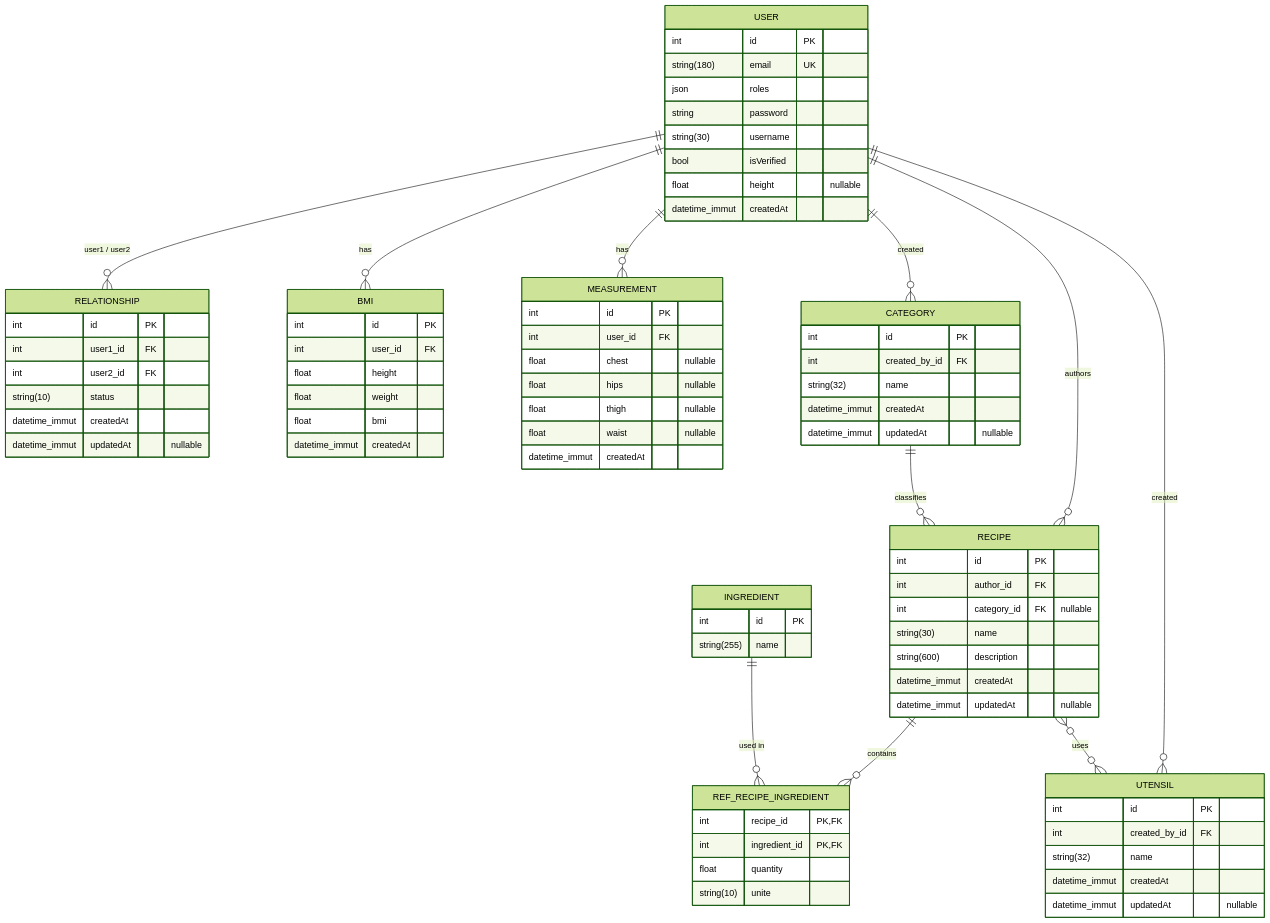
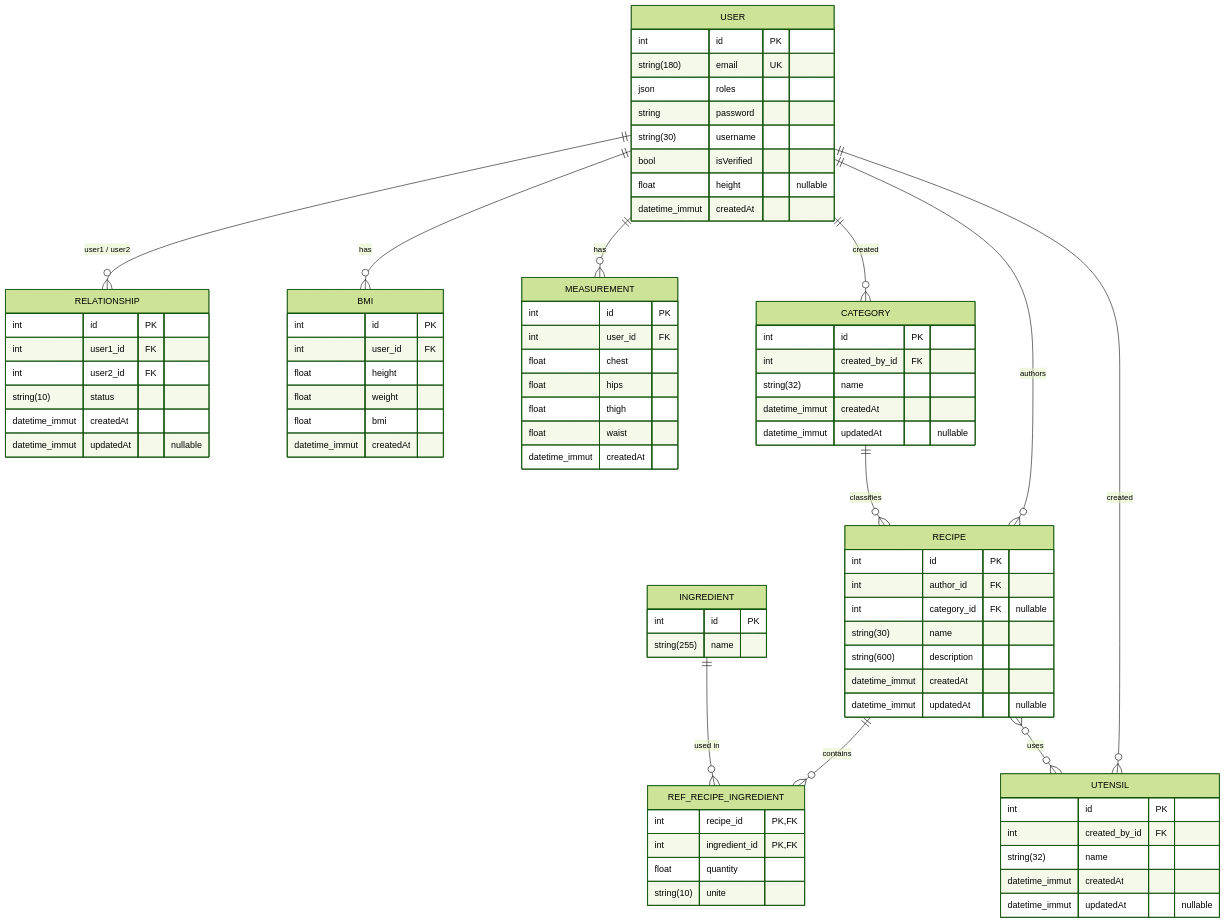
Before and after one commit to EECKHOUTRemi/MesApplisHF: the diagram in README.md, drawn with Mermaid (forest theme). The commit also changed other lines of this file, not shown here.

```diff
--- a/README.md
+++ b/README.md
@@ -135,10 +142,10 @@
     MEASUREMENT {
         int             id PK
         int             user_id FK
-        float           chest "nullable"
-        float           hips "nullable"
-        float           thigh "nullable"
-        float           waist "nullable"
+        float           chest
+        float           hips
+        float           thigh
+        float           waist
         datetime_immut  createdAt
     }
 
```
